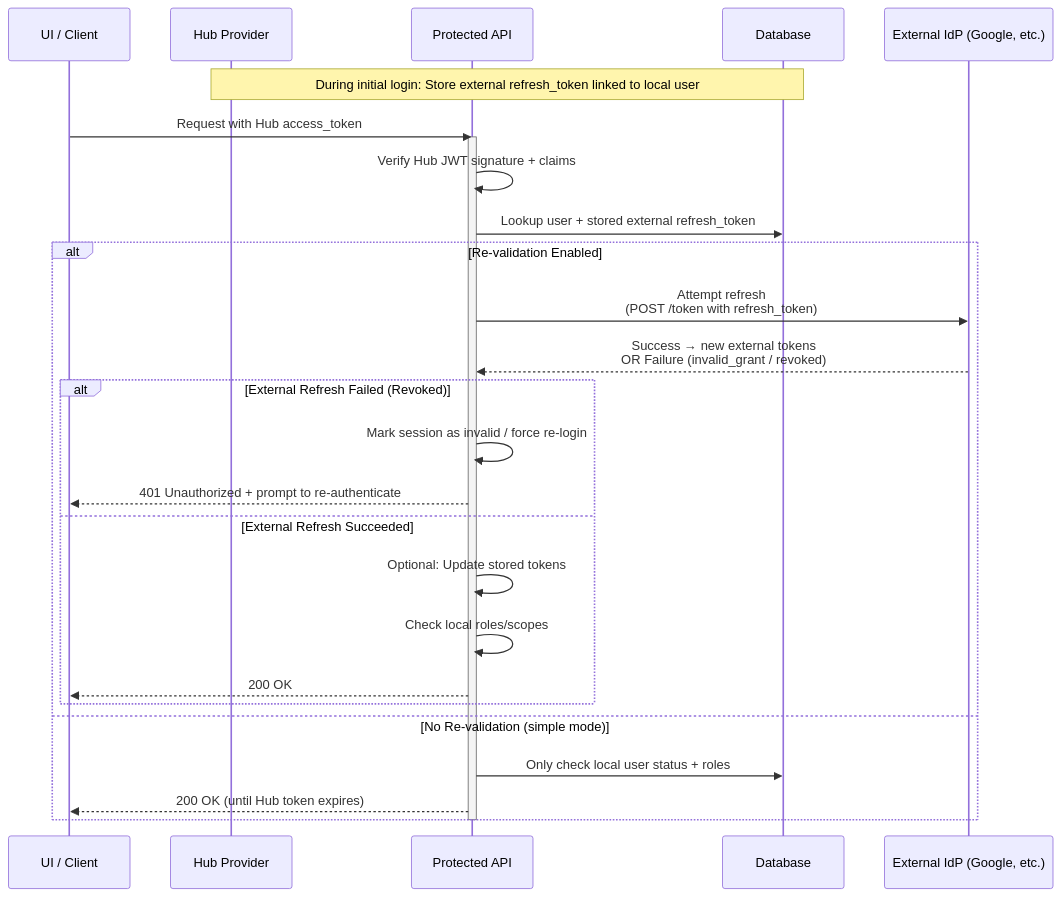
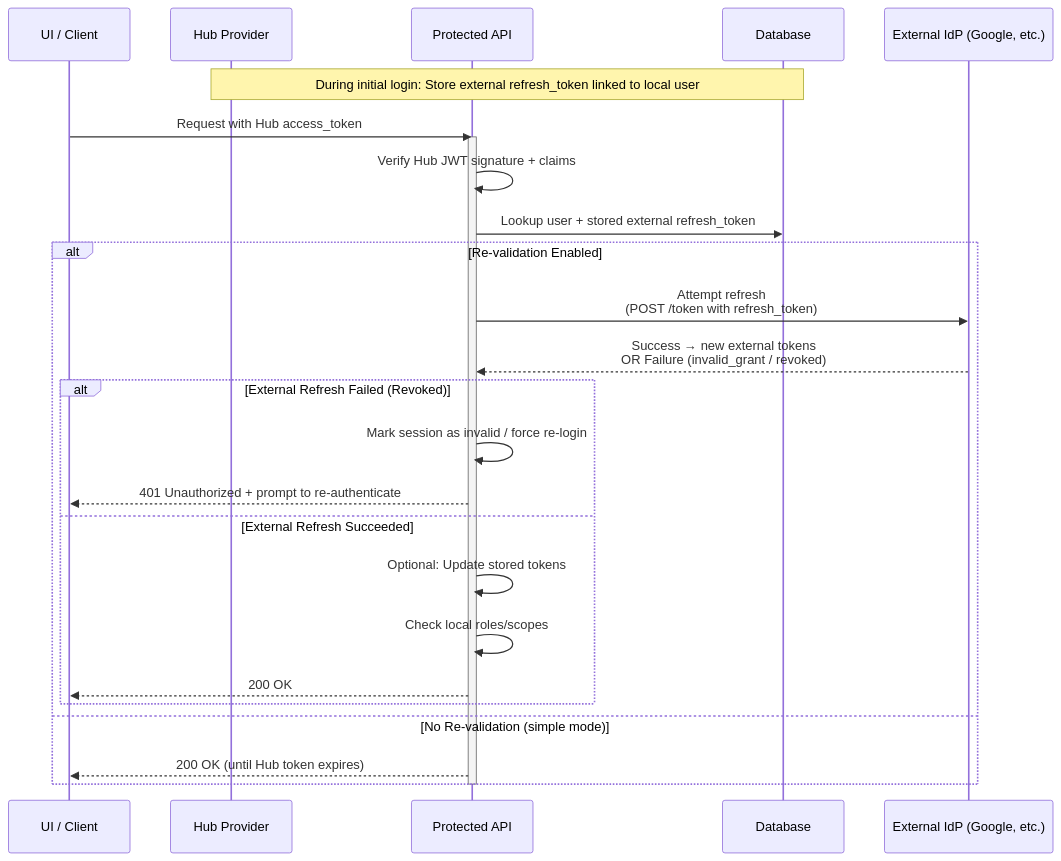
One commit to konveyor/enhancements changed the fifth of 5 diagrams in enhancements/hub-oidc-provider/README.md. Above: the diagram before and after it, drawn with Mermaid. The commit also changed other lines of this file, not shown here.

````diff
--- a/enhancements/hub-oidc-provider/README.md
+++ b/enhancements/hub-oidc-provider/README.md
@@ -308,35 +302,34 @@
 ```mermaid
 sequenceDiagram
     participant UI as UI / Client
     participant Hub as Hub Provider
     participant ProtectedAPI as Protected API
     participant DB as Database
     participant ExternalIdP as External IdP (Google, etc.)
 
     Note over Hub,DB: During initial login: Store external refresh_token linked to local user
 
     UI->>ProtectedAPI: Request with Hub access_token
     activate ProtectedAPI
 
     ProtectedAPI->>ProtectedAPI: Verify Hub JWT signature + claims
     ProtectedAPI->>DB: Lookup user + stored external refresh_token
 
     alt Re-validation Enabled
         ProtectedAPI->>ExternalIdP: Attempt refresh<br>(POST /token with refresh_token)
         ExternalIdP-->>ProtectedAPI: Success → new external tokens<br>OR Failure (invalid_grant / revoked)
         
         alt External Refresh Failed (Revoked)
             ProtectedAPI->>ProtectedAPI: Mark session as invalid / force re-login
             ProtectedAPI-->>UI: 401 Unauthorized + prompt to re-authenticate
         else External Refresh Succeeded
             ProtectedAPI->>ProtectedAPI: Optional: Update stored tokens
             ProtectedAPI->>ProtectedAPI: Check local roles/scopes
             ProtectedAPI-->>UI: 200 OK
         end
     else No Re-validation (simple mode)
-        ProtectedAPI->>DB: Only check local user status + roles
         ProtectedAPI-->>UI: 200 OK (until Hub token expires)
     end
 
     deactivate ProtectedAPI
 ```
````
